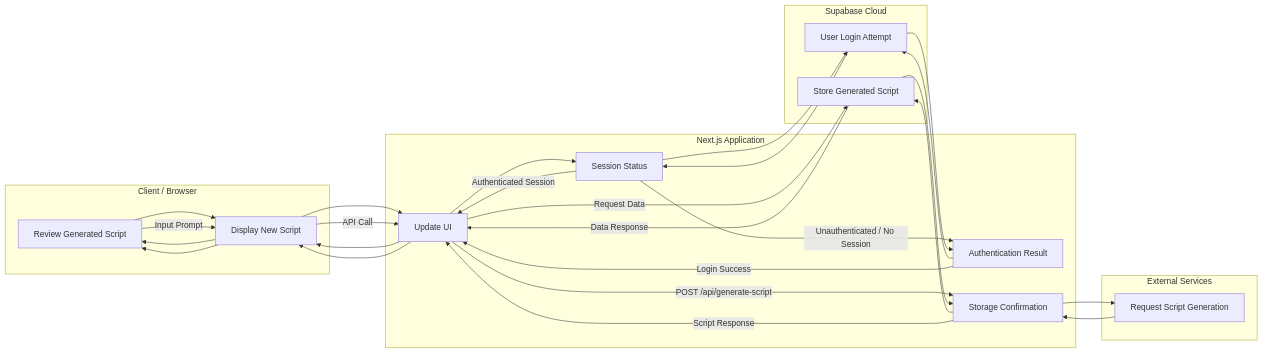
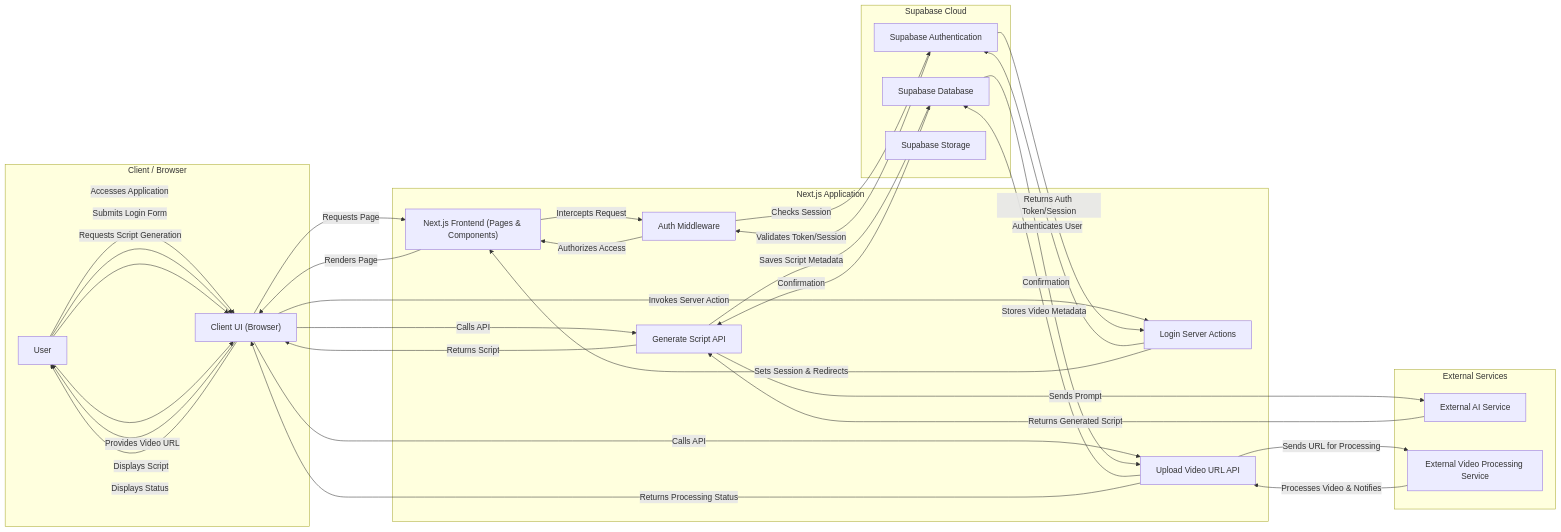
The diagram in ARCHITECTURE.md (token-hoarder/video-to-script-mvp), drawn with Mermaid before and after one commit. The commit also changed 1 other file, not shown here.

Commit message:
docs: auto-generate changelog and architecture

````diff
--- a/ARCHITECTURE.md
+++ b/ARCHITECTURE.md
@@ -3,56 +3,62 @@
 ```mermaid
 graph LR
-    subgraph "Client / Browser"
-        USR["User"]
-        BROWSER["Web Browser"]
-    end
+  subgraph "Client / Browser"
+    U["User"]
+    CUI["Client UI (Browser)"]
+  end
 
-    subgraph "Next.js Application"
-        NEXT_UI["Next.js UI (Pages & Components)"]
-        AUTH_MID["Authentication Middleware"]
-        LOGIN_ACT["Login Server Actions"]
-        API_GEN["Generate Script API (/api/generate-script)"]
-    end
+  subgraph "Next.js Application"
+    NF["Next.js Frontend (Pages & Components)"]
+    AM["Auth Middleware"]
+    LSA["Login Server Actions"]
+    GSA["Generate Script API"]
+    UVA["Upload Video URL API"]
+  end
 
-    subgraph "Supabase Cloud"
-        SUPA_AUTH["Supabase Authentication Service"]
-        SUPA_DB["Supabase Database"]
-    end
+  subgraph "Supabase Cloud"
+    SA["Supabase Authentication"]
+    SDB["Supabase Database"]
+    SS["Supabase Storage"]
+  end
 
-    subgraph "External Services"
-        EXT_AI["External AI Model (e.g., LLM)"]
-    end
+  subgraph "External Services"
+    AIS["External AI Service"]
+    VPS["External Video Processing Service"]
+  end
 
-    USR --> BROWSER["Initial Request / Interaction"]
-    BROWSER --> NEXT_UI["Request Page/Resource"]
+  %% Flow: Initial Page Load & Auth Check
+  U -- "Accesses Application" --> CUI
+  CUI -- "Requests Page" --> NF
+  NF -- "Intercepts Request" --> AM
+  AM -- "Checks Session" --> SA
+  SA -- "Validates Token/Session" --> AM
+  AM -- "Authorizes Access" --> NF
+  NF -- "Renders Page" --> CUI
 
-    NEXT_UI --> AUTH_MID["Intercept Request"]
-    AUTH_MID --> SUPA_AUTH["Verify Session / Token"]
-    SUPA_AUTH --> AUTH_MID["Session Status"]
+  %% Flow: User Login
+  U -- "Submits Login Form" --> CUI
+  CUI -- "Invokes Server Action" --> LSA
+  LSA -- "Authenticates User" --> SA
+  SA -- "Returns Auth Token/Session" --> LSA
+  LSA -- "Sets Session & Redirects" --> NF
 
-    AUTH_MID -- Authenticated Session --> NEXT_UI["Render Protected Content"]
-    AUTH_MID -- Unauthenticated / No Session --> LOGIN_ACT["Redirect to Login"]
+  %% Flow: Generate Script
+  U -- "Requests Script Generation" --> CUI
+  CUI -- "Calls API" --> GSA
+  GSA -- "Sends Prompt" --> AIS
+  AIS -- "Returns Generated Script" --> GSA
+  GSA -- "Saves Script Metadata" --> SDB
+  SDB -- "Confirmation" --> GSA
+  GSA -- "Returns Script" --> CUI
+  CUI -- "Displays Script" --> U
 
-    LOGIN_ACT --> SUPA_AUTH["User Login Attempt"]
-    SUPA_AUTH --> LOGIN_ACT["Authentication Result"]
-    LOGIN_ACT -- Login Success --> NEXT_UI["Redirect to Main App"]
-
-    NEXT_UI -- Request Data --> SUPA_DB["Fetch Data (e.g., scripts)"]
-    SUPA_DB -- Data Response --> NEXT_UI["Display Content"]
-    NEXT_UI --> BROWSER["Render UI"]
-    BROWSER --> USR["View Application"]
-
-    USR -- Input Prompt --> BROWSER["Submit Form"]
-    BROWSER -- API Call --> NEXT_UI["Handle Request"]
-    NEXT_UI -- POST /api/generate-script --> API_GEN["Process Request"]
-
-    API_GEN --> EXT_AI["Request Script Generation"]
-    EXT_AI --> API_GEN["Generated Script"]
-
-    API_GEN --> SUPA_DB["Store Generated Script"]
-    SUPA_DB --> API_GEN["Storage Confirmation"]
-
-    API_GEN -- Script Response --> NEXT_UI["Update UI"]
-    NEXT_UI --> BROWSER["Display New Script"]
-    BROWSER --> USR["Review Generated Script"]
+  %% Flow: Upload Video URL
+  U -- "Provides Video URL" --> CUI
+  CUI -- "Calls API" --> UVA
+  UVA -- "Sends URL for Processing" --> VPS
+  VPS -- "Processes Video & Notifies" --> UVA
+  UVA -- "Stores Video Metadata" --> SDB
+  SDB -- "Confirmation" --> UVA
+  UVA -- "Returns Processing Status" --> CUI
+  CUI -- "Displays Status" --> U
 ```
````
